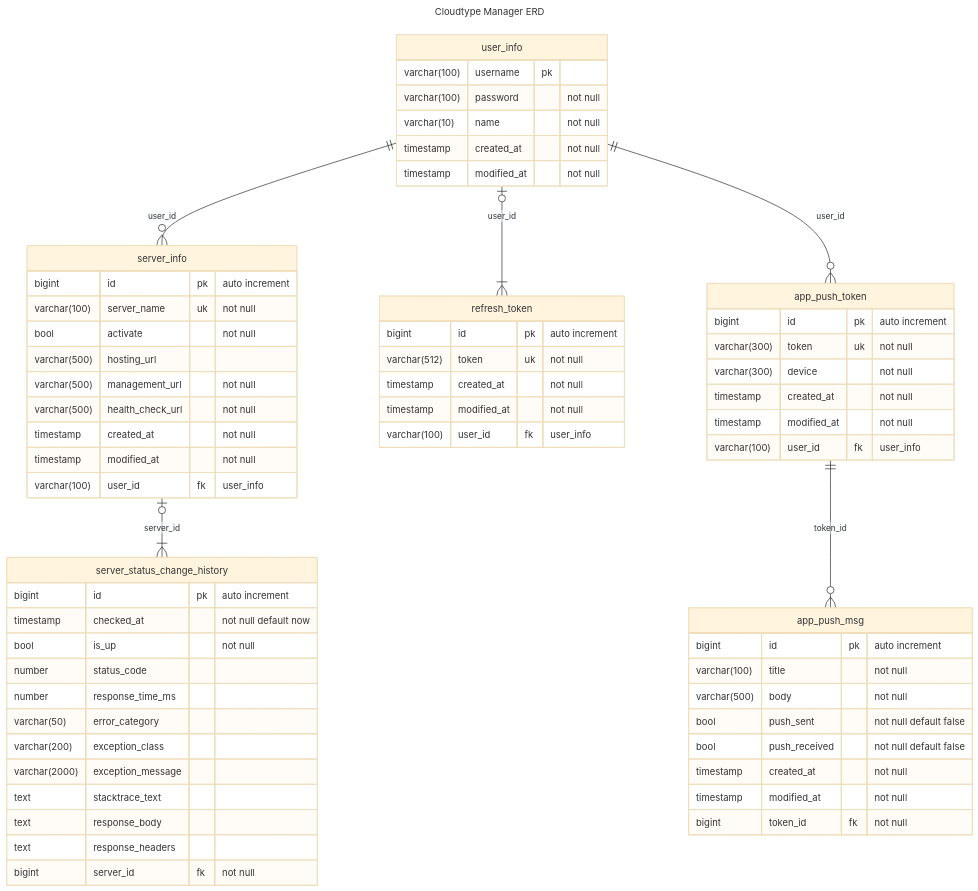
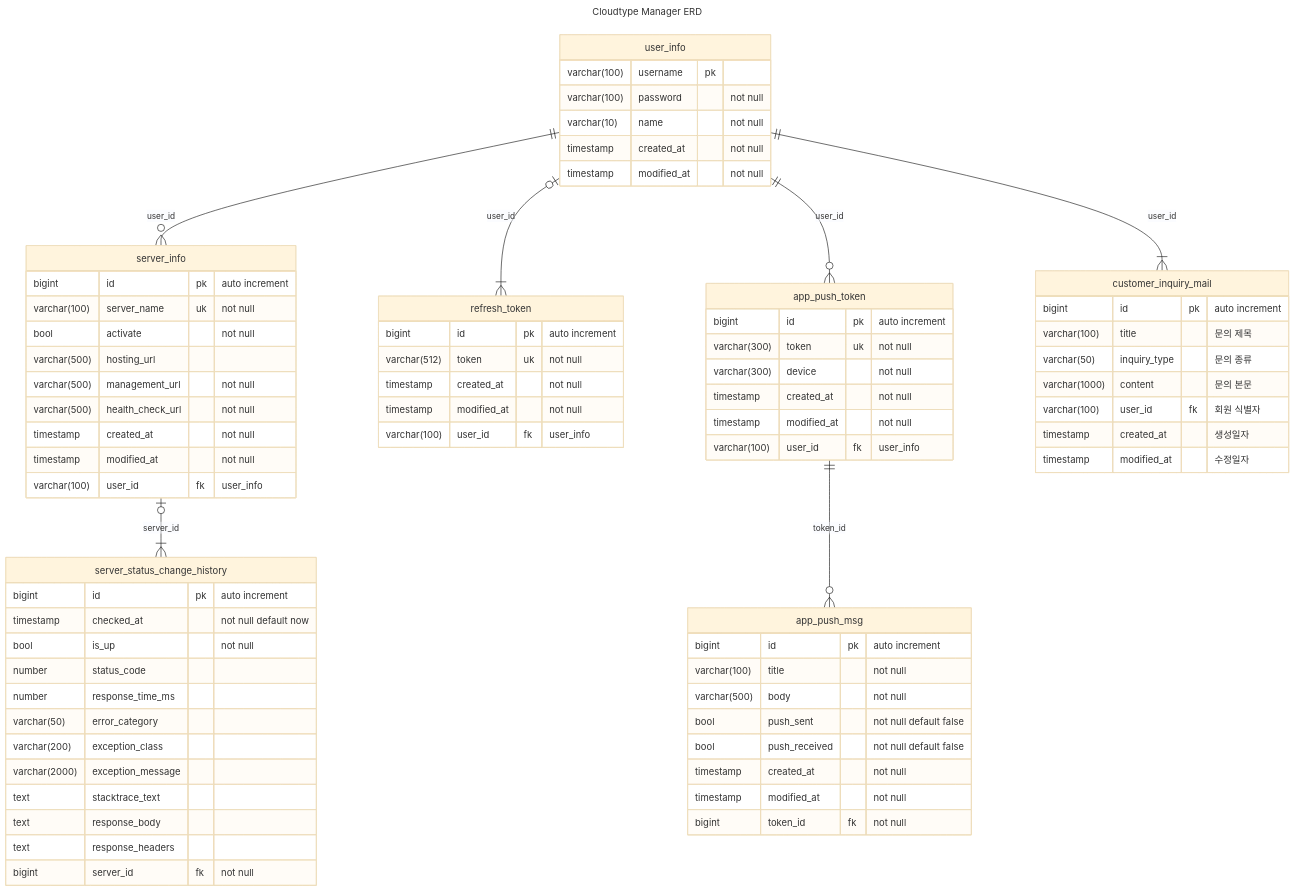
Before and after one commit to GuardJo/cloudtype-manager: the diagram in cloudtype-manager-api/README.md, drawn with Mermaid (base theme). The commit also changed 1 other file, not shown here.

Commit message:
[BE] #77 고객 문의 관리 테이블 스키마 구성
- 고객 문의 관리 관련 ERD 추가
- 고객문의 관련 테이블 스키마 쿼리 추가

```diff
--- a/cloudtype-manager-api/README.md
+++ b/cloudtype-manager-api/README.md
@@ -91,9 +91,20 @@
 bigint server_id fk "not null"
  }
 
+customer_inquiry_mail {
+bigint id pk "auto increment"
+varchar(100) title "문의 제목"
+varchar(50) inquiry_type "문의 종류"
+varchar(1000) content "문의 본문"
+varchar(100) user_id fk "회원 식별자"
+timestamp created_at "생성일자"
+timestamp modified_at "수정일자"
+}
+
 user_info ||--o{ server_info: "user_id"
 user_info o|--|{ refresh_token: "user_id"
 user_info ||--o{ app_push_token: "user_id"
+user_info ||--|{ customer_inquiry_mail: "user_id"
 
 app_push_token ||--o{ app_push_msg: "token_id"
 
```
